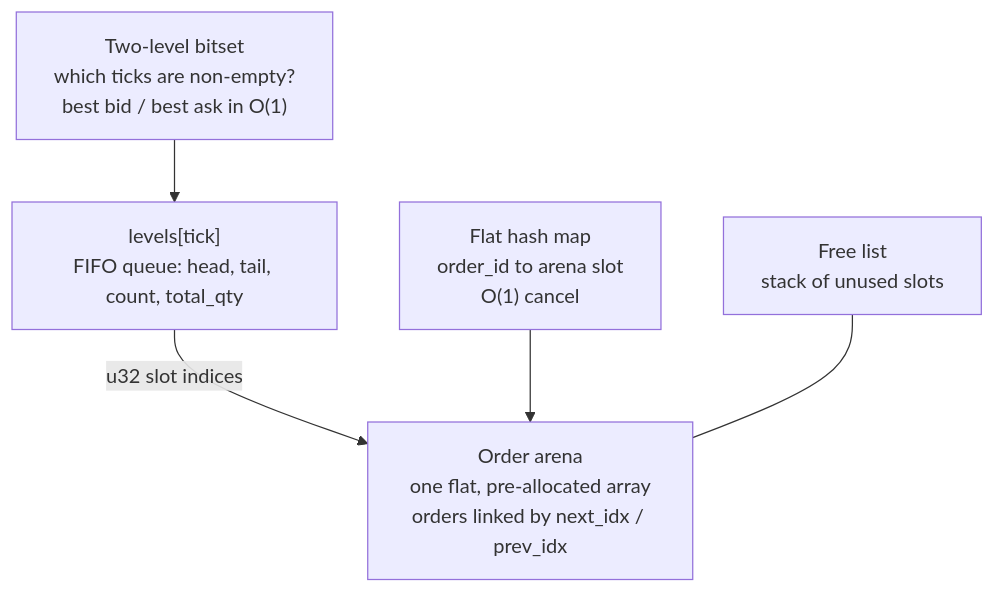
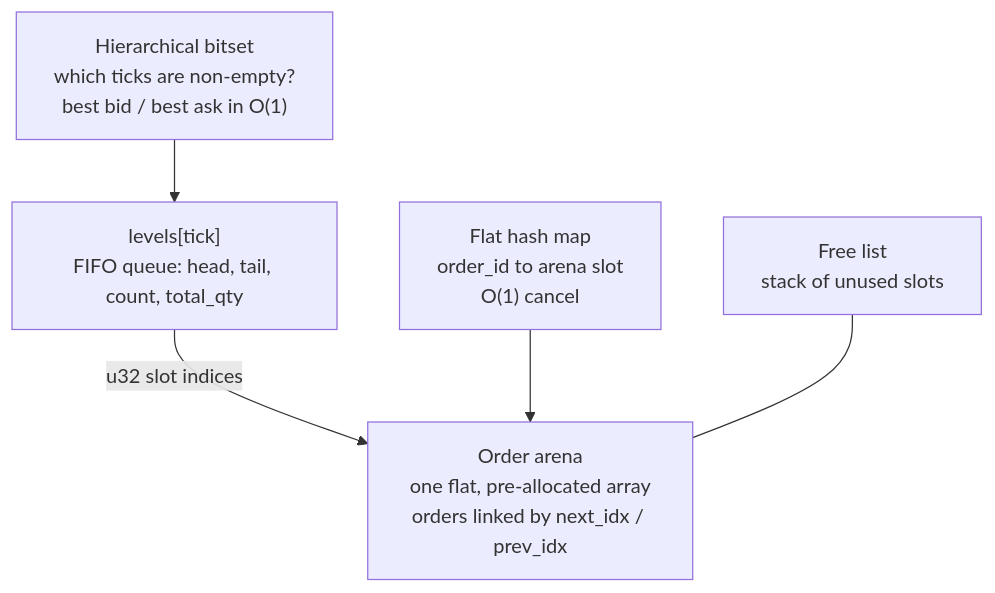
One commit to daohainam/rust-matching-engine changed the second of 2 diagrams in README.md. Above: the diagram before and after it, drawn with Mermaid. The commit also changed other lines of this file, not shown here.

````diff
--- a/README.md
+++ b/README.md
@@ -121,7 +132,7 @@
 ```mermaid
 flowchart TB
-    BS["Two-level bitset<br/>which ticks are non-empty?<br/>best bid / best ask in O(1)"] --> LV["levels[tick]<br/>FIFO queue: head, tail, count, total_qty"]
+    BS["Hierarchical bitset<br/>which ticks are non-empty?<br/>best bid / best ask in O(1)"] --> LV["levels[tick]<br/>FIFO queue: head, tail, count, total_qty"]
     LV -->|"u32 slot indices"| OP["Order arena<br/>one flat, pre-allocated array<br/>orders linked by next_idx / prev_idx"]
     HM["Flat hash map<br/>order_id to arena slot<br/>O(1) cancel"] --> OP
     FL["Free list<br/>stack of unused slots"] --- OP
 ```
````
